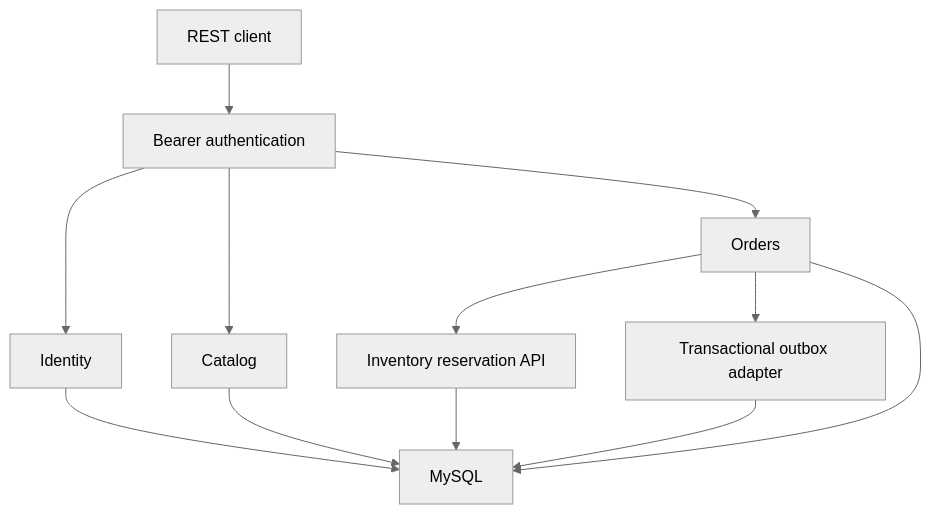
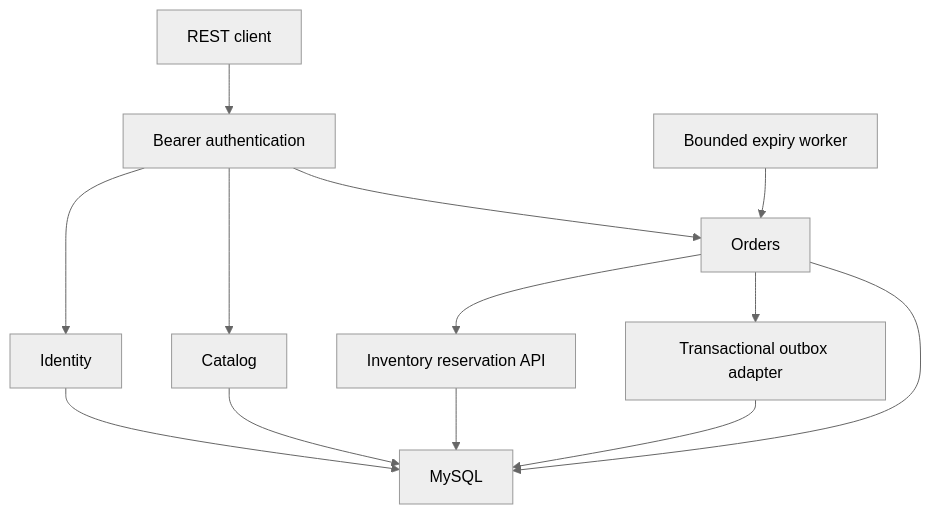
The diagram in docs/ARCHITECTURE.md (lucianoLattante/commerceflow), drawn with Mermaid (neutral theme) before and after one commit. The commit also changed other lines of this file and 11 other files, not shown here.

Commit message:
test: verify bounded expiry selection and document lifecycle guarantees

````diff
--- a/docs/ARCHITECTURE.md
+++ b/docs/ARCHITECTURE.md
@@ -5,14 +5,15 @@
 ```mermaid
 flowchart TD
   Client["REST client"] --> Security["Bearer authentication"]
   Security --> Identity["Identity"]
   Security --> Catalog["Catalog"]
   Security --> Orders["Orders"]
+  Expiry["Bounded expiry worker"] --> Orders
   Orders --> Inventory["Inventory reservation API"]
   Orders --> Outbox["Transactional outbox adapter"]
   Inventory --> DB["MySQL"]
   Catalog --> DB
   Identity --> DB
   Orders --> DB
   Outbox --> DB
 ```
````
